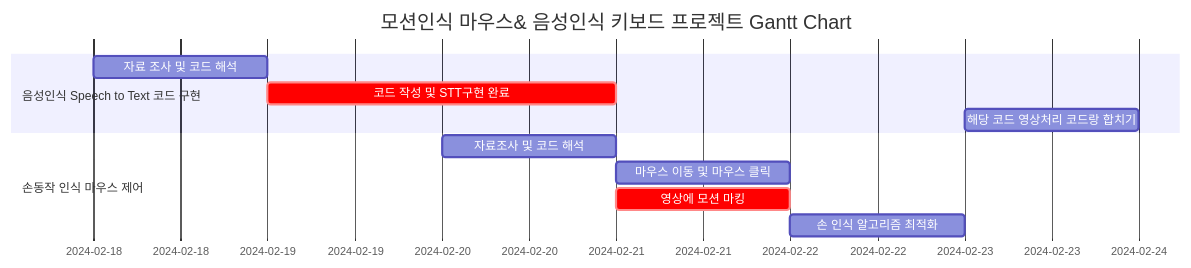
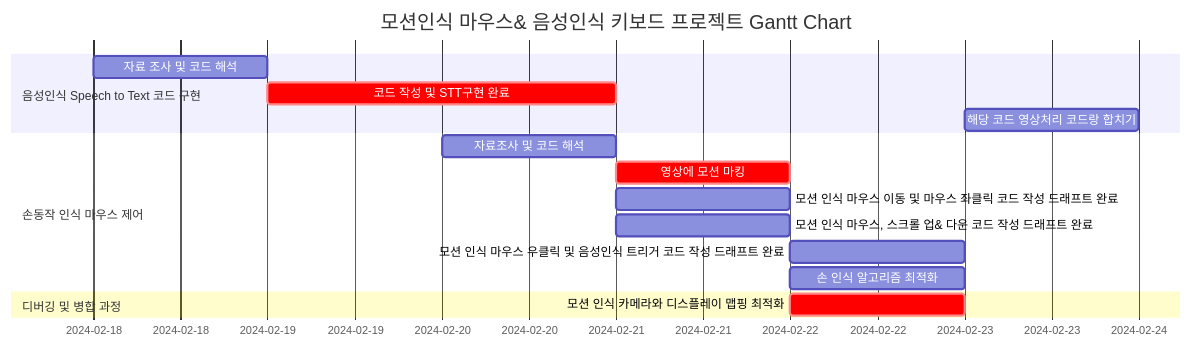
Before and after one commit to CodeMystero/motionKeyboardMouse: the diagram in README.md, drawn with Mermaid. The commit also changed other lines of this file, not shown here.

````diff
--- a/README.md
+++ b/README.md
@@ -58,16 +58,21 @@
 ```mermaid
 gantt
     dateFormat  MM-DD-YYYY
     title       모션인식 마우스& 음성인식 키보드 프로젝트 Gantt Chart
 	
 	section 음성인식 Speech to Text 코드 구현
 		자료 조사 및 코드 해석 :2024-02-18, 1d
                 코드 작성 및 STT구현 완료  :crit, 2024-02-19, 2d
 		해당 코드 영상처리 코드랑 합치기 :2024-02-23, 1d
 	
 	section 손동작 인식 마우스 제어
 		자료조사 및 코드 해석	: 2024-02-20, 1d
-		마우스 이동 및 마우스 클릭 : 2024-02-21, 1d
-                영상에 모션 마킹  :crit, 2024-02-21, 1d
+		영상에 모션 마킹  :crit, 2024-02-21, 1d
+		모션 인식 마우스 이동 및 마우스 좌클릭 코드 작성 드래프트 완료 : 2024-02-21, 1d
+		모션 인식 마우스, 스크롤 업& 다운 코드 작성 드래프트 완료 : 2024-02-21, 1d
+		모션 인식 마우스 우클릭 및 음성인식 트리거 코드 작성 드래프트 완료 : 2024-02-22, 1d
 		손 인식 알고리즘 최적화 : 2024-02-22, 1d
+
+	section 디버깅 및 병합 과정
+		모션 인식 카메라와 디스플레이 맵핑 최적화 : crit, 2024-02-22, 1d
 ```
````
